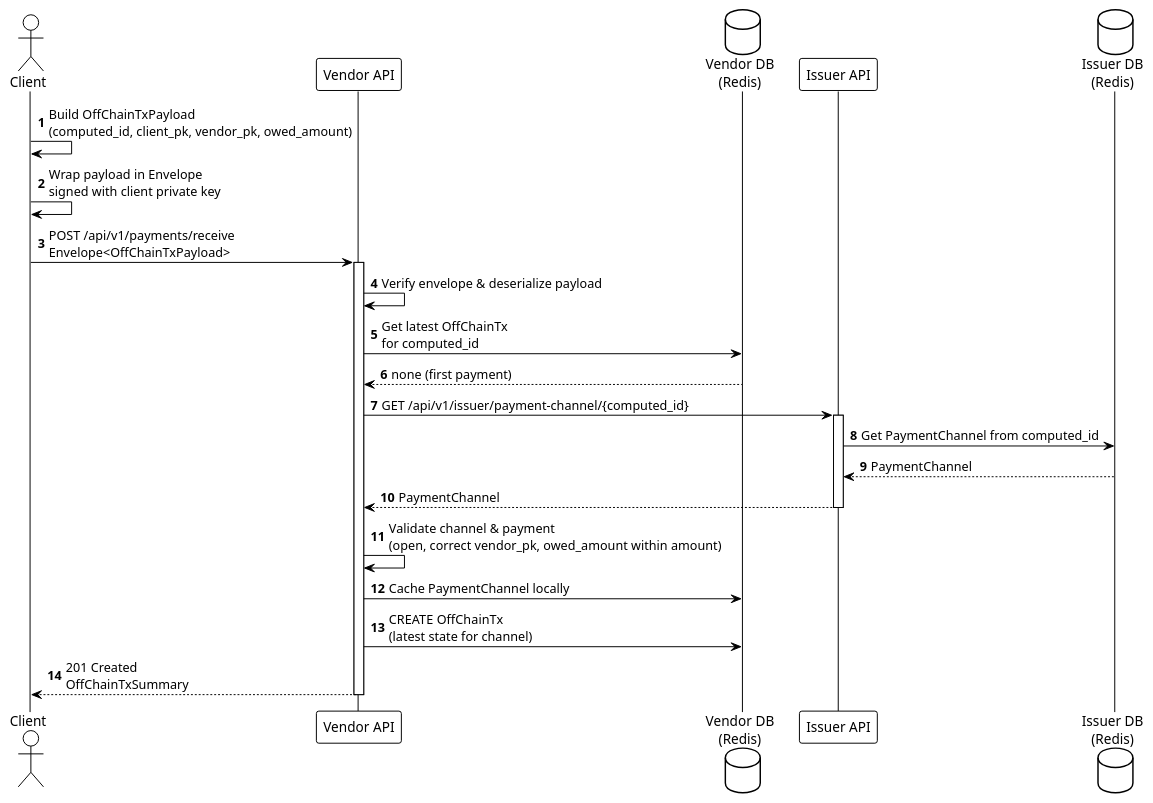
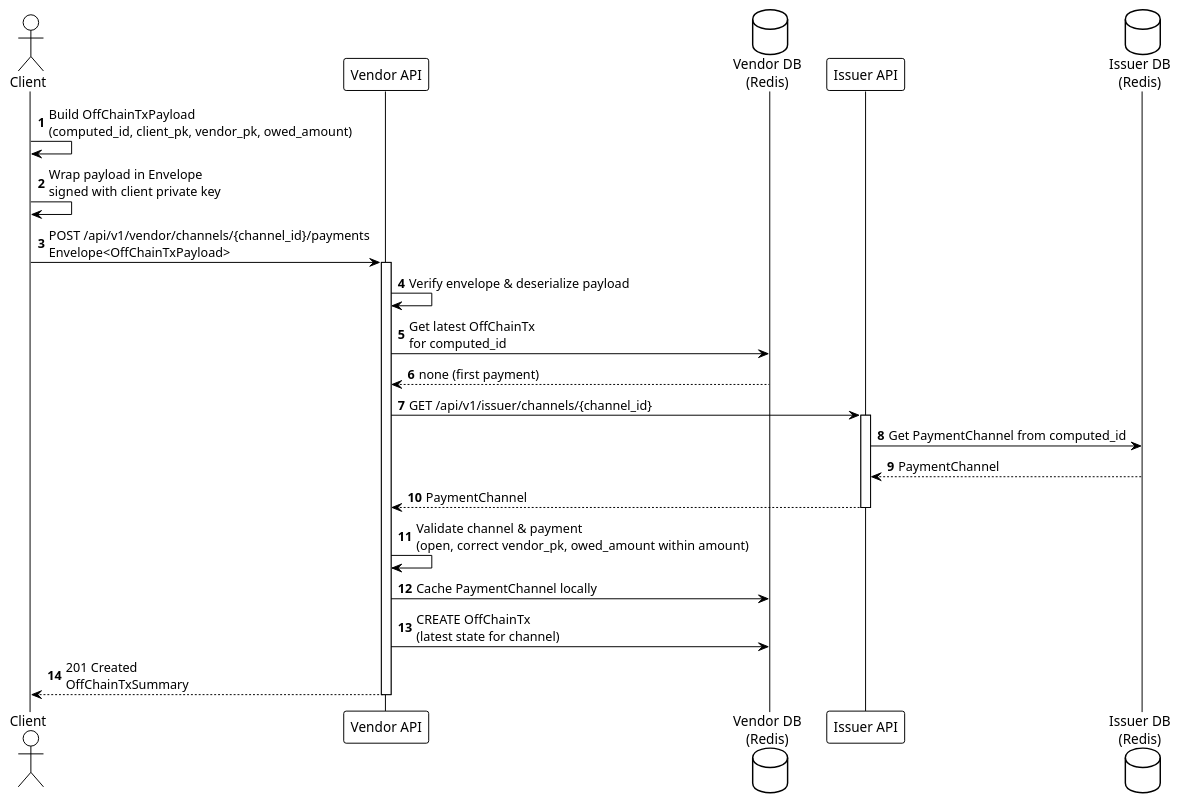
Before and after one commit to otaviootavio/nanomoni: the diagram in umls/phase2a-first-payment.puml, drawn with PlantUML. The commit also changed 14 other files, not shown here.

First line of the commit message:
Refactor API endpoints and payment handling for improved clarity and functionality

```diff
--- a/umls/phase2a-first-payment.puml
+++ b/umls/phase2a-first-payment.puml
@@ -1,39 +1,39 @@
 @startuml Phase2a_First_Payment
 
 !theme plain
 autonumber
 
 actor "Client" as Client
 participant "Vendor API" as Vendor
 database "Vendor DB\n(Redis)" as VendorDB
 participant "Issuer API" as Issuer
 database "Issuer DB\n(Redis)" as IssuerDB
 
 Client -> Client: Build OffChainTxPayload\n(computed_id, client_pk, vendor_pk, owed_amount)
 Client -> Client: Wrap payload in Envelope\nsigned with client private key
 
-Client -> Vendor: POST /api/v1/payments/receive\nEnvelope<OffChainTxPayload>
+Client -> Vendor: POST /api/v1/vendor/channels/{channel_id}/payments\nEnvelope<OffChainTxPayload>
 activate Vendor
 
 Vendor -> Vendor: Verify envelope & deserialize payload
 
 Vendor -> VendorDB: Get latest OffChainTx\nfor computed_id
 VendorDB --> Vendor: none (first payment)
 
-Vendor -> Issuer: GET /api/v1/issuer/payment-channel/{computed_id}
+Vendor -> Issuer: GET /api/v1/issuer/channels/{channel_id}
 activate Issuer
 Issuer -> IssuerDB: Get PaymentChannel from computed_id
 IssuerDB --> Issuer: PaymentChannel
 Issuer --> Vendor: PaymentChannel
 deactivate Issuer
 
 Vendor -> Vendor: Validate channel & payment\n(open, correct vendor_pk, owed_amount within amount)
 
 Vendor -> VendorDB: Cache PaymentChannel locally
 
 Vendor -> VendorDB: CREATE OffChainTx\n(latest state for channel)
 
 Vendor --> Client: 201 Created\nOffChainTxSummary
 deactivate Vendor
 
 @enduml
```
